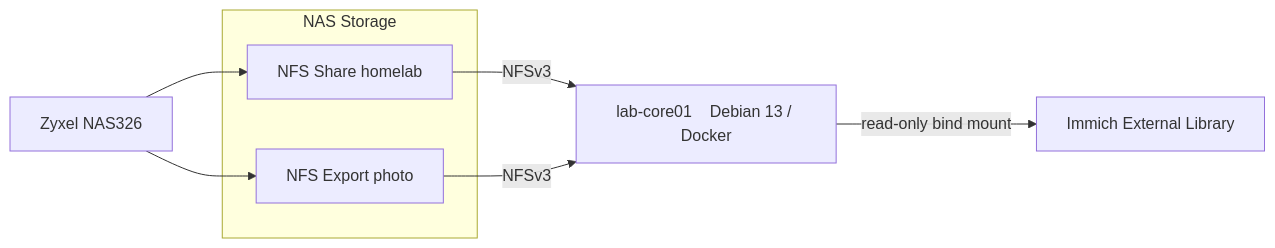
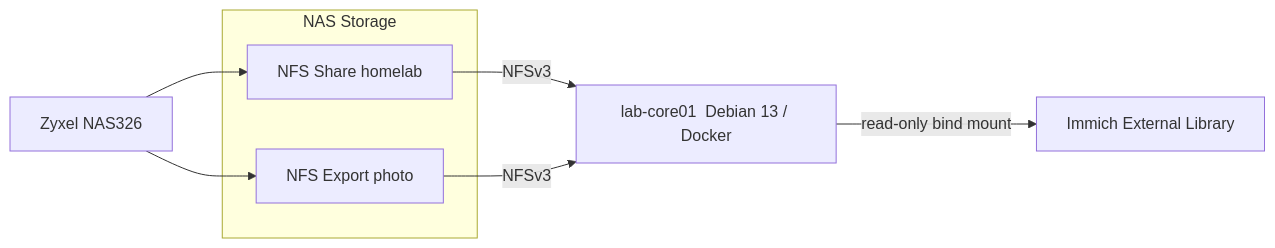
One commit to Tearstone/tearstone-homelab changed the diagram in storage/nfs.md. Above: the diagram before and after it, drawn with Mermaid. The commit also changed other lines of this file, not shown here.

````diff
--- a/storage/nfs.md
+++ b/storage/nfs.md
@@ -1,18 +1,18 @@
 ```mermaid
 flowchart LR
-    NAS["Zyxel NAS326  <PRIVATE_IP>"]
+    NAS["Zyxel NAS326"]
 
     subgraph Storage["NAS Storage"]
         NFS["NFS Share  homelab"]
         PHOTO["NFS Export  photo"]
     end
 
-    CORE["lab-core01  <PRIVATE_IP>  Debian 13 / Docker"]
+    CORE["lab-core01  Debian 13 / Docker"]
     IMMICH["Immich External Library"]
 
     NAS --> NFS
     NAS --> PHOTO
     NFS -->|NFSv3| CORE
     PHOTO -->|NFSv3| CORE
     CORE -->|read-only bind mount| IMMICH
 ```
````
